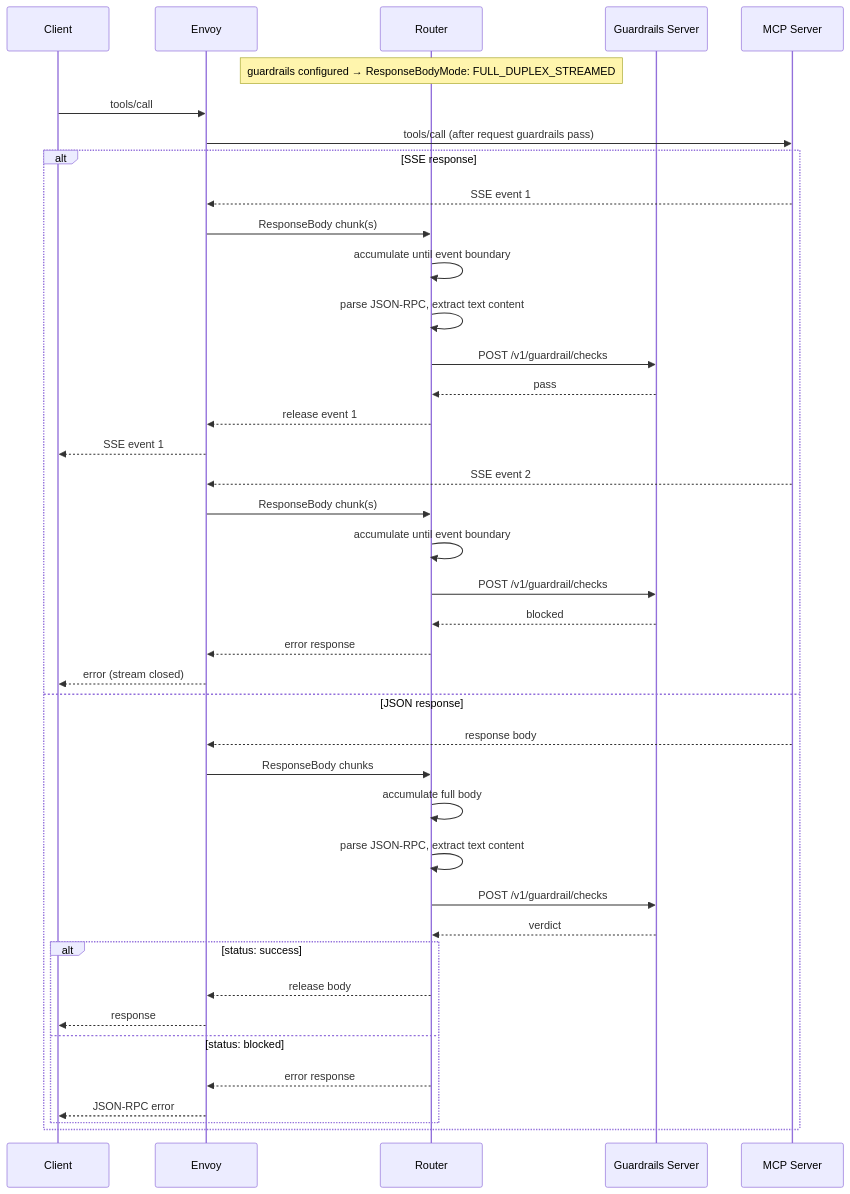
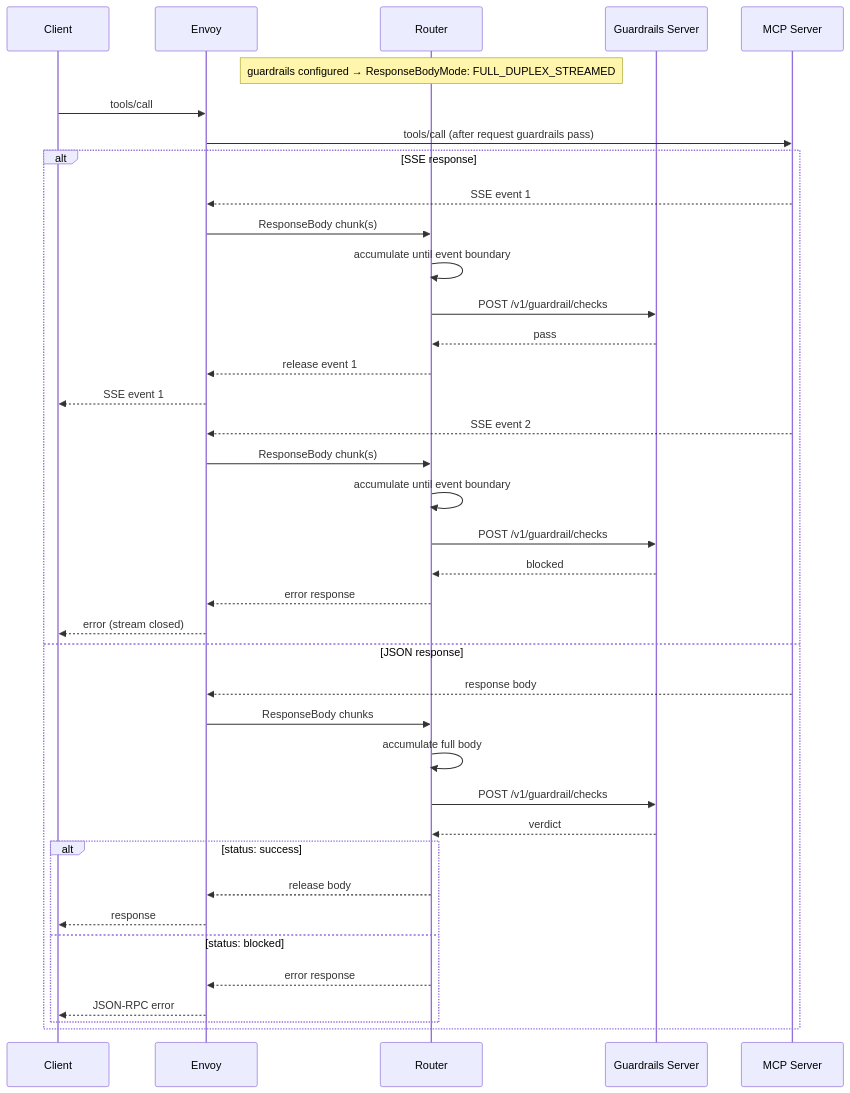
The second of 2 diagrams in docs/design/guardrails/guardrails-design.md (Kuadrant/mcp-gateway), drawn with Mermaid before and after one commit. The commit also changed other lines of this file and 1 other file, not shown here.

````diff
--- a/docs/design/guardrails/guardrails-design.md
+++ b/docs/design/guardrails/guardrails-design.md
@@ -258,47 +240,45 @@
 ```mermaid
 sequenceDiagram
     participant Client
     participant Envoy
     participant Router
     participant Guardrails as Guardrails Server
     participant Backend as MCP Server
 
     Note over Router: guardrails configured → ResponseBodyMode: FULL_DUPLEX_STREAMED
 
     Client->>Envoy: tools/call
     Envoy->>Backend: tools/call (after request guardrails pass)
 
     alt SSE response
         Backend-->>Envoy: SSE event 1
         Envoy->>Router: ResponseBody chunk(s)
         Router->>Router: accumulate until event boundary
-        Router->>Router: parse JSON-RPC, extract text content
         Router->>Guardrails: POST /v1/guardrail/checks
         Guardrails-->>Router: pass
         Router-->>Envoy: release event 1
         Envoy-->>Client: SSE event 1
 
         Backend-->>Envoy: SSE event 2
         Envoy->>Router: ResponseBody chunk(s)
         Router->>Router: accumulate until event boundary
         Router->>Guardrails: POST /v1/guardrail/checks
         Guardrails-->>Router: blocked
         Router-->>Envoy: error response
         Envoy-->>Client: error (stream closed)
 
     else JSON response
         Backend-->>Envoy: response body
         Envoy->>Router: ResponseBody chunks
         Router->>Router: accumulate full body
-        Router->>Router: parse JSON-RPC, extract text content
         Router->>Guardrails: POST /v1/guardrail/checks
         Guardrails-->>Router: verdict
         alt status: success
             Router-->>Envoy: release body
             Envoy-->>Client: response
         else status: blocked
             Router-->>Envoy: error response
             Envoy-->>Client: JSON-RPC error
         end
     end
 ```
````
